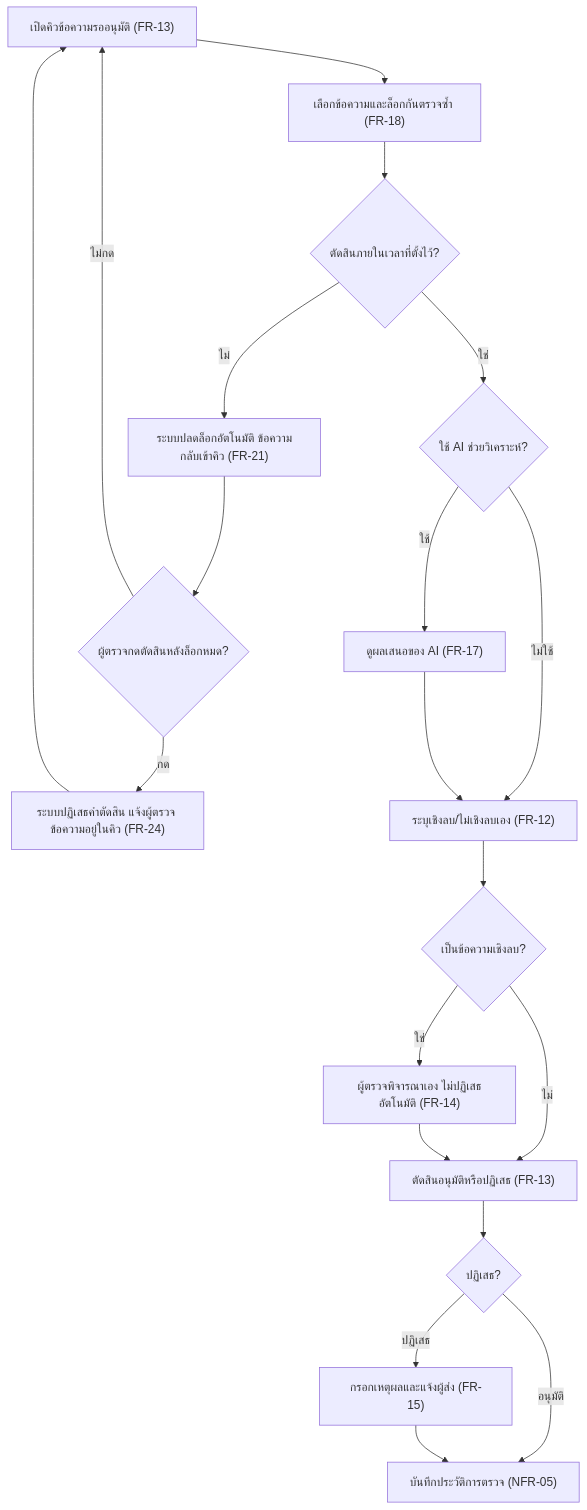
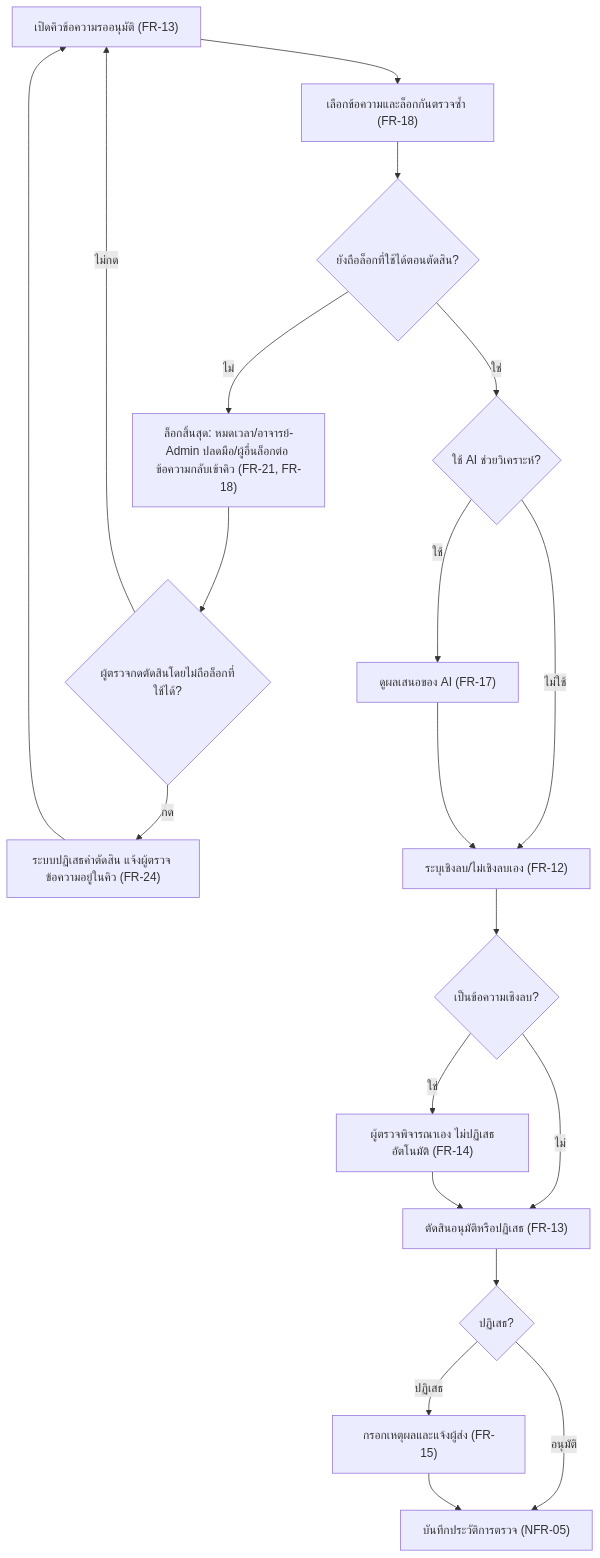
One commit to PAKOSORUS/Grade-Runway-PROJECT3 changed the fifth of 7 diagrams in docs/02-design/user-journey.md. Above: the diagram before and after it, drawn with Mermaid. The commit also changed other lines of this file and 10 other files, not shown here.

````diff
--- a/docs/02-design/user-journey.md
+++ b/docs/02-design/user-journey.md
@@ -118,22 +118,22 @@
 ```mermaid
 flowchart TD
     A["เปิดคิวข้อความรออนุมัติ (FR-13)"] --> B["เลือกข้อความและล็อกกันตรวจซ้ำ (FR-18)"]
-    B --> T{"ตัดสินภายในเวลาที่ตั้งไว้?"}
-    T -->|ไม่| U["ระบบปลดล็อกอัตโนมัติ ข้อความกลับเข้าคิว (FR-21)"]
-    U --> W{"ผู้ตรวจกดตัดสินหลังล็อกหมด?"}
+    B --> T{"ยังถือล็อกที่ใช้ได้ตอนตัดสิน?"}
+    T -->|ไม่| U["ล็อกสิ้นสุด: หมดเวลา/อาจารย์-Admin ปลดมือ/ผู้อื่นล็อกต่อ ข้อความกลับเข้าคิว (FR-21, FR-18)"]
+    U --> W{"ผู้ตรวจกดตัดสินโดยไม่ถือล็อกที่ใช้ได้?"}
     W -->|กด| V["ระบบปฏิเสธคำตัดสิน แจ้งผู้ตรวจ ข้อความอยู่ในคิว (FR-24)"]
     W -->|ไม่กด| A
     V --> A
     T -->|ใช่| C{"ใช้ AI ช่วยวิเคราะห์?"}
     C -->|ใช้| D["ดูผลเสนอของ AI (FR-17)"]
     C -->|ไม่ใช้| E["ระบุเชิงลบ/ไม่เชิงลบเอง (FR-12)"]
     D --> E
     E --> F{"เป็นข้อความเชิงลบ?"}
     F -->|ใช่| G["ผู้ตรวจพิจารณาเอง ไม่ปฏิเสธอัตโนมัติ (FR-14)"]
     F -->|ไม่| H["ตัดสินอนุมัติหรือปฏิเสธ (FR-13)"]
     G --> H
     H --> I{"ปฏิเสธ?"}
     I -->|ปฏิเสธ| J["กรอกเหตุผลและแจ้งผู้ส่ง (FR-15)"]
     I -->|อนุมัติ| K["บันทึกประวัติการตรวจ (NFR-05)"]
     J --> K
 ```
````
